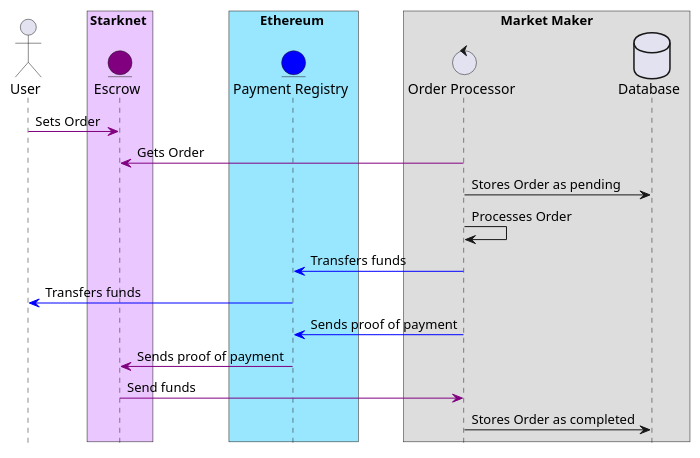
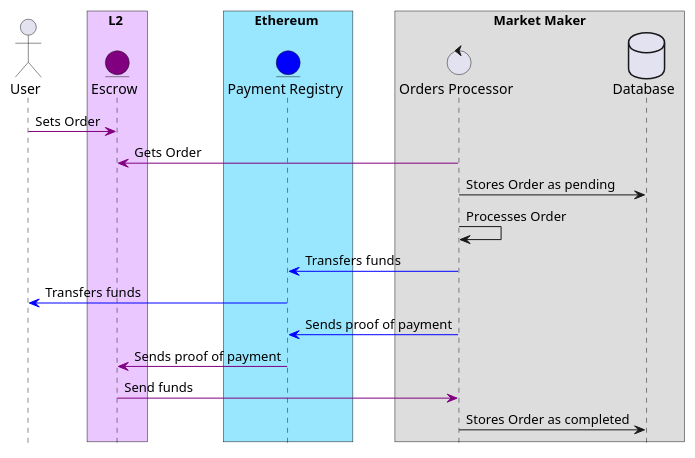
Before and after one commit to yetanotherco/yet-another-bridge: the diagram in docs/mm_bot/diagrams/order_processing.puml, drawn with PlantUML. The commit also changed 12 other files, not shown here.

```diff
--- a/docs/mm_bot/diagrams/order_processing.puml
+++ b/docs/mm_bot/diagrams/order_processing.puml
@@ -1,26 +1,26 @@
 @startuml
 hide footbox
 actor User as U
-box Starknet #ebc7ff
+box L2 #ebc7ff
 entity Escrow as E #purple
 end box
 box Ethereum #99e6ff
 entity "Payment Registry" as PR #blue
 box "Market Maker"
-control "Order Processor" as OP
+control "Orders Processor" as OP
 database Database
 end box
 
 U -[#purple]> E : Sets Order
 OP -[#purple]> E : Gets Order
 OP -> Database : Stores Order as pending
 OP -> OP : Processes Order
 OP -[#blue]> PR : Transfers funds
 PR -[#blue]> U: Transfers funds
 OP -[#blue]> PR : Sends proof of payment
 PR -[#purple]> E : Sends proof of payment
 E -[#purple]> OP : Send funds
 OP -> Database : Stores Order as completed
 
 
 @enduml
```
